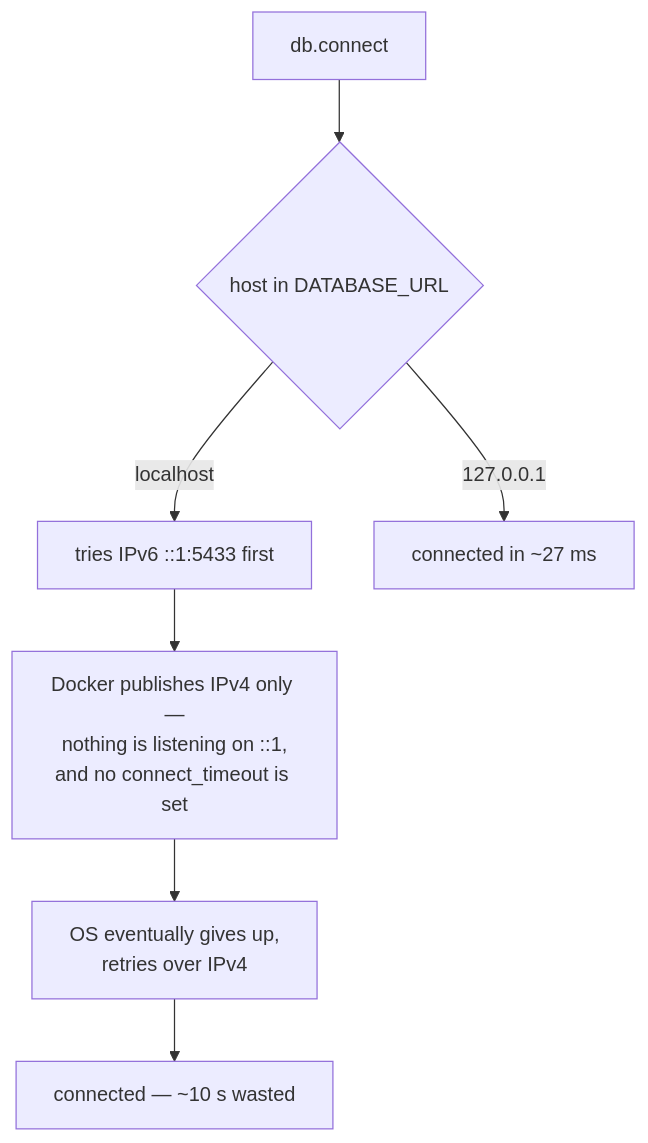
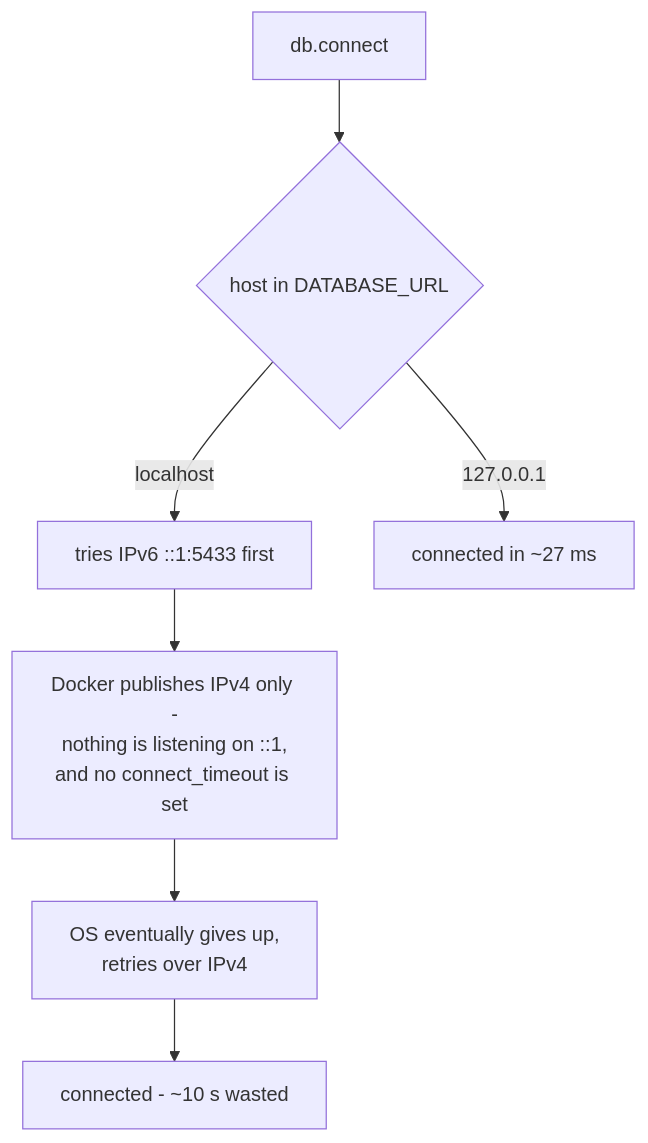
One commit to KucherenkoSerhiy/payments-rag changed the diagram in docs/writeups/the-localhost-trap-windows-ipv6.md. Above: the diagram before and after it, drawn with Mermaid. The commit also changed other lines of this file and 25 other files, not shown here.

````diff
--- a/docs/writeups/the-localhost-trap-windows-ipv6.md
+++ b/docs/writeups/the-localhost-trap-windows-ipv6.md
@@ -31,9 +31,9 @@
 ```mermaid
 flowchart TD
     S[db.connect] --> Q{host in DATABASE_URL}
     Q -->|localhost| I6["tries IPv6 ::1:5433 first"]
-    I6 --> H["Docker publishes IPv4 only —<br/>nothing is listening on ::1,<br/>and no connect_timeout is set"]
+    I6 --> H["Docker publishes IPv4 only -<br/>nothing is listening on ::1,<br/>and no connect_timeout is set"]
     H --> FB["OS eventually gives up,<br/>retries over IPv4"]
-    FB --> OK1["connected — ~10 s wasted"]
+    FB --> OK1["connected - ~10 s wasted"]
     Q -->|127.0.0.1| OK2["connected in ~27 ms"]
 ```
````
